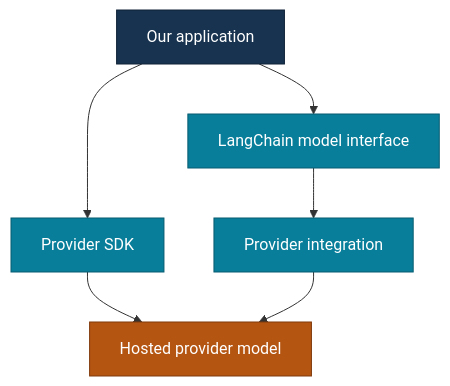
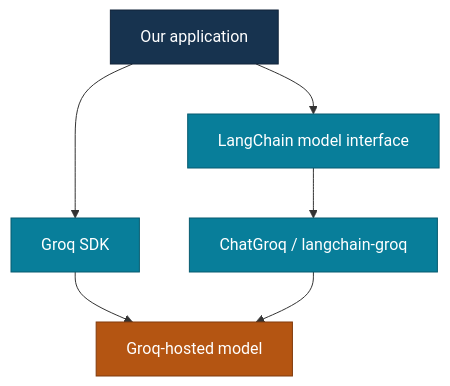
The diagram in 01-langchain/01-models/README.md (shendesuchit/agentic-ai-learning), drawn with Mermaid before and after one commit. The commit also changed other lines of this file and 9 other files, not shown here.

````diff
--- a/01-langchain/01-models/README.md
+++ b/01-langchain/01-models/README.md
@@ -40,14 +55,15 @@
 ```mermaid
 flowchart TB
-    app["Our application"] --> sdk["Provider SDK"]
+    app["Our application"] --> sdk["Groq SDK"]
     app --> interface["LangChain model interface"]
-    interface --> integration["Provider integration"]
-    sdk --> provider["Hosted provider model"]
+    interface --> integration["ChatGroq / langchain-groq"]
+    sdk --> provider["Groq-hosted model"]
     integration --> provider
+
     classDef application fill:#17334f,stroke:#102338,color:#ffffff
     classDef path fill:#087e9a,stroke:#075b70,color:#ffffff
     classDef target fill:#b45512,stroke:#803a0c,color:#ffffff
     class app application
     class sdk,interface,integration path
     class provider target
 ```
````
